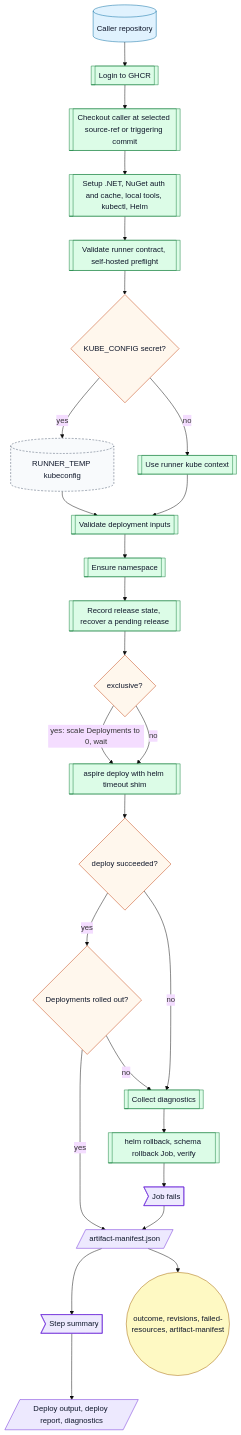
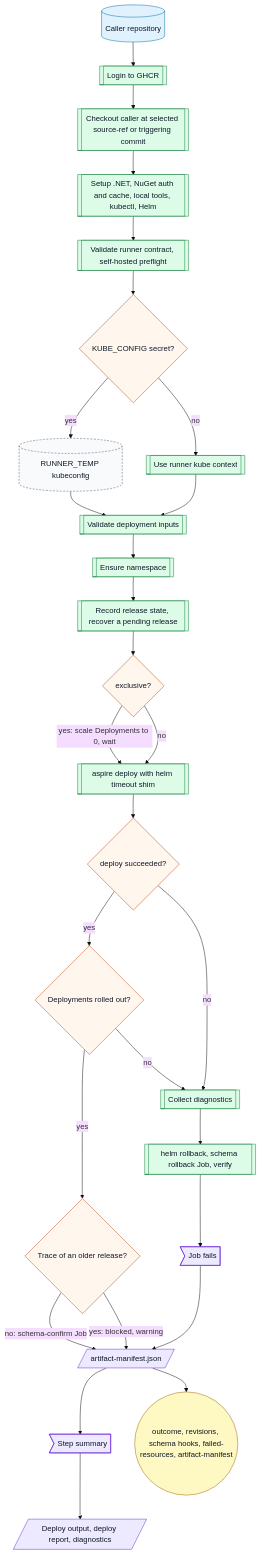
Before and after one commit to ArkanisCorporation/ci: diagram 20 of 22 in docs/workflow-catalog.md, drawn with Mermaid (base theme). The commit also changed other lines of this file and 17 other files, not shown here.

````diff
--- a/docs/workflow-catalog.md
+++ b/docs/workflow-catalog.md
@@ -2363,40 +2365,42 @@
 ```mermaid
 flowchart TD
   caller[("Caller repository")] --> login[[Login to GHCR]]
   login --> checkout[[Checkout caller at selected source-ref or triggering commit]]
   checkout --> tools[[Setup .NET, NuGet auth and cache, local tools, kubectl, Helm]]
   tools --> validate[[Validate runner contract, self-hosted preflight]]
   validate --> kube{KUBE_CONFIG secret?}
   kube -->|yes| tempKube[("RUNNER_TEMP kubeconfig")]
   kube -->|no| context[[Use runner kube context]]
   tempKube --> inputs[[Validate deployment inputs]]
   context --> inputs
   inputs --> namespace[[Ensure namespace]]
   namespace --> record[[Record release state, recover a pending release]]
   record --> exclusive{exclusive?}
   exclusive -->|"yes: scale Deployments to 0, wait"| aspire
   exclusive -->|no| aspire[[aspire deploy with helm timeout shim]]
   aspire --> result{deploy succeeded?}
   result -->|yes| verify{Deployments rolled out?}
-  verify -->|yes| manifest[/artifact-manifest.json/]
+  verify -->|yes| confirm{Trace of an older release?}
+  confirm -->|"no: schema-confirm Job"| manifest[/artifact-manifest.json/]
+  confirm -->|"yes: blocked, warning"| manifest
   verify -->|no| diag
   result -->|no| diag[[Collect diagnostics]]
   diag --> rollback[[helm rollback, schema rollback Job, verify]]
   rollback --> failJob>Job fails]
   failJob --> manifest
   manifest --> summary>Step summary]
   summary --> deployArtifact[/Deploy output, deploy report, diagnostics/]
-  manifest --> outputs(("outcome, revisions, failed-resources, artifact-manifest"))
+  manifest --> outputs(("outcome, revisions, schema hooks, failed-resources, artifact-manifest"))
   classDef repo fill:#e0f2fe,stroke:#0369a1,color:#0f172a
   classDef action fill:#dcfce7,stroke:#15803d,color:#0f172a
   classDef decision fill:#fff7ed,stroke:#c2410c,color:#0f172a
   classDef artifact fill:#ede9fe,stroke:#6d28d9,color:#0f172a
   classDef output fill:#fef9c3,stroke:#a16207,color:#0f172a
   classDef external fill:#f8fafc,stroke:#475569,stroke-dasharray: 4 3,color:#0f172a
   class caller repo
   class login,checkout,tools,validate,context,inputs,namespace,record,aspire,diag,rollback action
-  class kube,result,verify,exclusive decision
+  class kube,result,verify,exclusive,confirm decision
   class manifest,summary,deployArtifact,failJob artifact
   class outputs output
   class tempKube external
 ```
````
